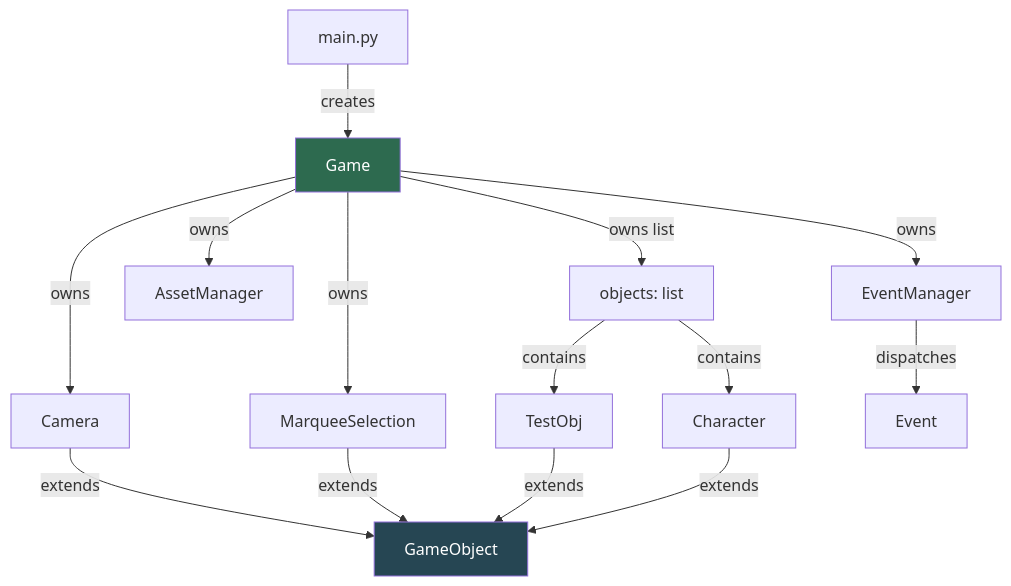
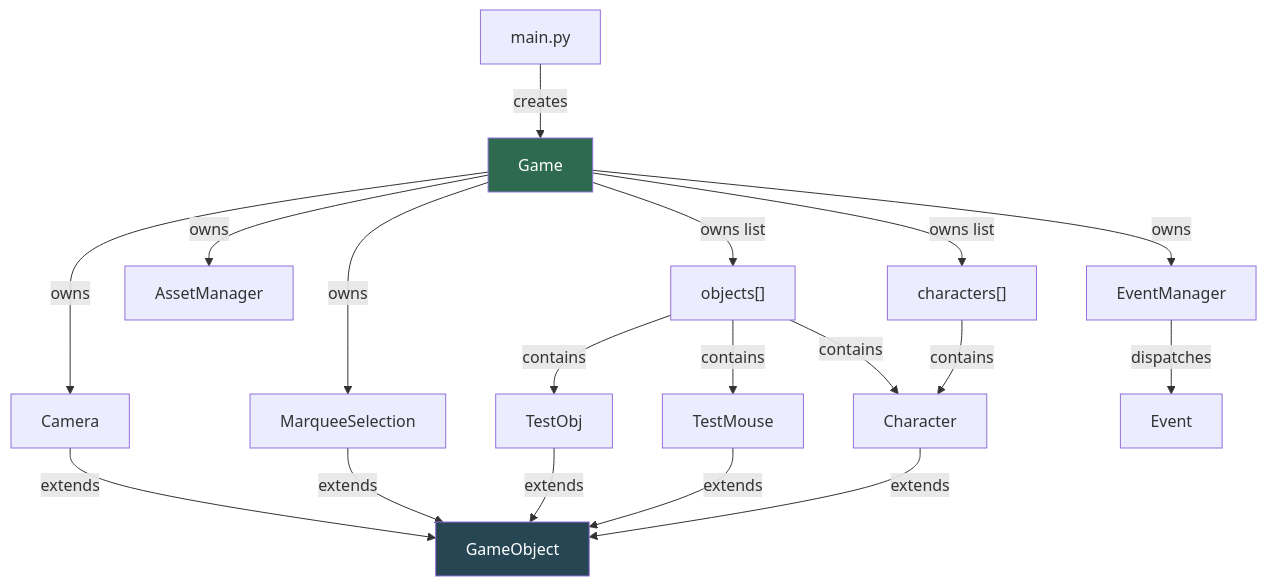
The first of 2 diagrams in Documentation.md (qla544865/ALEPH), drawn with Mermaid before and after one commit. The commit also changed other lines of this file and 7 other files, not shown here.

````diff
--- a/Documentation.md
+++ b/Documentation.md
@@ -90,23 +90,27 @@
 ```mermaid
 graph TD
     MAIN["main.py"] -->|"creates"| GAME["Game"]
 
     GAME -->|"owns"| CAM["Camera"]
     GAME -->|"owns"| SEL["MarqueeSelection"]
     GAME -->|"owns"| EVT["EventManager"]
     GAME -->|"owns"| AM["AssetManager"]
-    GAME -->|"owns list"| OBJS["objects: list"]
+    GAME -->|"owns list"| OBJS["objects[]"]
+    GAME -->|"owns list"| CHARS["characters[]"]
 
     OBJS -->|"contains"| TOBJ["TestObj"]
+    OBJS -->|"contains"| TMOUSE["TestMouse"]
     OBJS -->|"contains"| CHAR["Character"]
+    CHARS -->|"contains"| CHAR
 
-    CAM  -->|"extends"| GO["GameObject"]
-    SEL  -->|"extends"| GO
-    TOBJ -->|"extends"| GO
-    CHAR -->|"extends"| GO
+    CAM   -->|"extends"| GO["GameObject"]
+    SEL   -->|"extends"| GO
+    TOBJ  -->|"extends"| GO
+    TMOUSE-->|"extends"| GO
+    CHAR  -->|"extends"| GO
 
     EVT -->|"dispatches"| EV["Event"]
 
     style GAME fill:#2d6a4f,color:#fff
     style GO   fill:#264653,color:#fff
 ```
````
